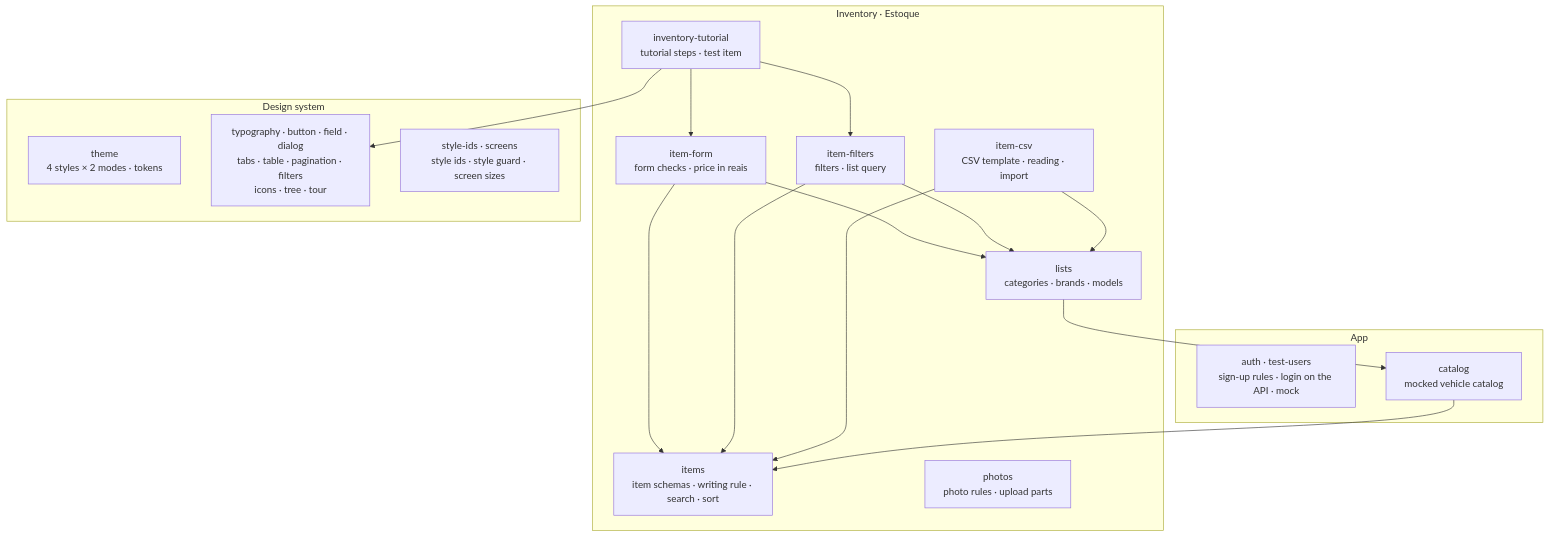
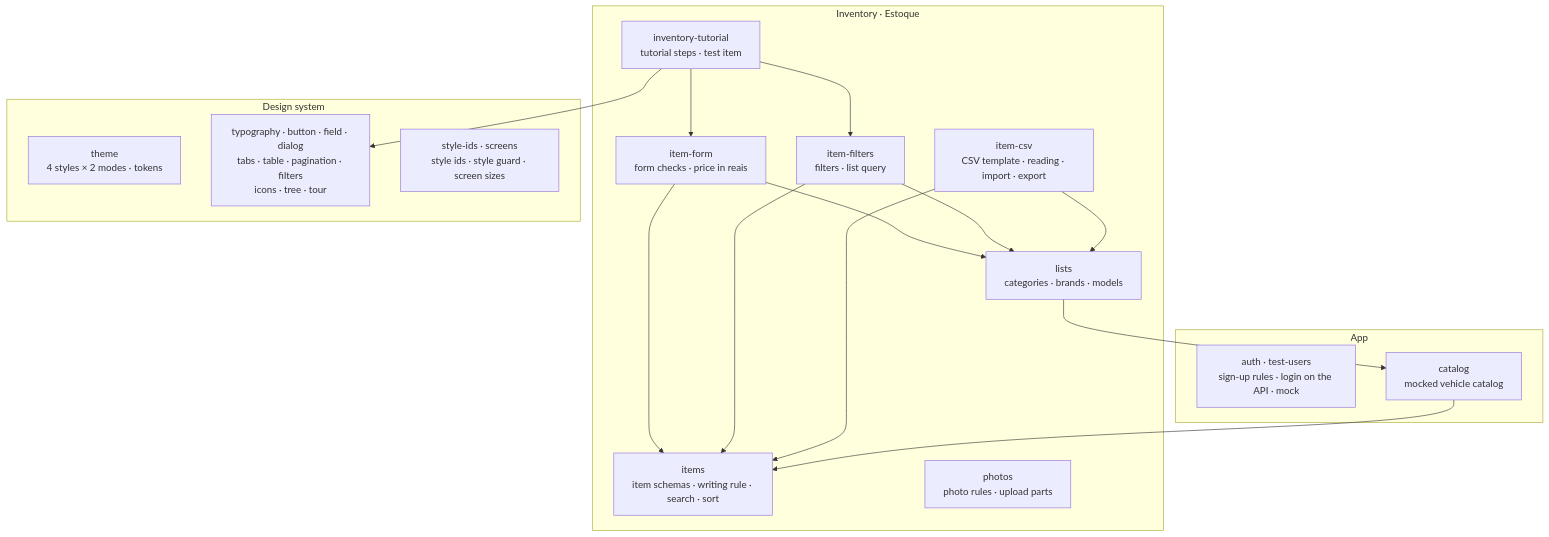
One commit to ChrisCamilo/apc-universal-repair changed the second of 4 diagrams in docs/architecture.md. Above: the diagram before and after it, drawn with Mermaid. The commit also changed other lines of this file, not shown here.

Commit message:
docs: Note the shared CSV writer in the architecture

````diff
--- a/docs/architecture.md
+++ b/docs/architecture.md
@@ -41,32 +41,32 @@
 ```mermaid
 flowchart TB
     subgraph inventory["Inventory · Estoque"]
         items["items<br/>item schemas · writing rule · search · sort"]
         itemForm["item-form<br/>form checks · price in reais"]
         itemFilters["item-filters<br/>filters · list query"]
-        itemCsv["item-csv<br/>CSV template · reading · import"]
+        itemCsv["item-csv<br/>CSV template · reading · import · export"]
         lists["lists<br/>categories · brands · models"]
         photos["photos<br/>photo rules · upload parts"]
         tutorial["inventory-tutorial<br/>tutorial steps · test item"]
     end
     subgraph ui["Design system"]
         theme["theme<br/>4 styles × 2 modes · tokens"]
         rest["typography · button · field · dialog<br/>tabs · table · pagination · filters<br/>icons · tree · tour"]
         styling["style-ids · screens<br/>style ids · style guard · screen sizes"]
     end
     subgraph other["App"]
         auth["auth · test-users<br/>sign-up rules · login on the API · mock"]
         catalog["catalog<br/>mocked vehicle catalog"]
     end
     itemForm --> items
     itemFilters --> items
     itemCsv --> items
     itemForm --> lists
     itemFilters --> lists
     itemCsv --> lists
     lists --> catalog
     catalog --> items
     tutorial --> itemForm
     tutorial --> itemFilters
     tutorial --> rest
 ```
````
